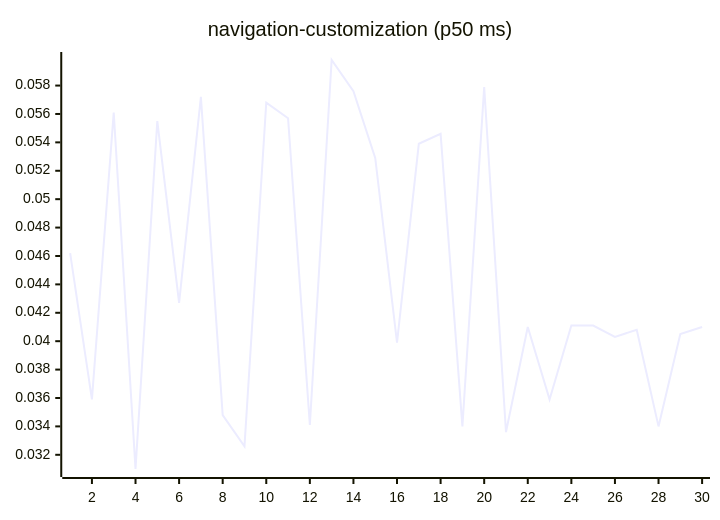
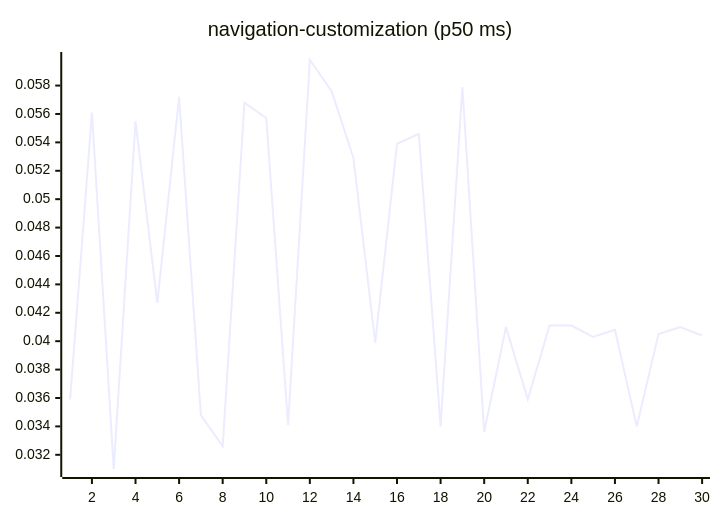
Before and after one commit to josha/Facet: diagram 15 of 27 in README.md, drawn with Mermaid. The commit also changed other lines of this file and 2 other files, not shown here.

````diff
--- a/README.md
+++ b/README.md
@@ -161,6 +161,6 @@
 ```mermaid
 xychart-beta
     title "navigation-customization (p50 ms)"
     x-axis 1 --> 30
-    line [0.0462, 0.0359, 0.0561, 0.0310, 0.0555, 0.0427, 0.0572, 0.0348, 0.0326, 0.0568, 0.0557, 0.0341, 0.0598, 0.0576, 0.0529, 0.0399, 0.0539, 0.0546, 0.0340, 0.0579, 0.0336, 0.0410, 0.0359, 0.0411, 0.0411, 0.0403, 0.0408, 0.0340, 0.0405, 0.0410]
+    line [0.0359, 0.0561, 0.0310, 0.0555, 0.0427, 0.0572, 0.0348, 0.0326, 0.0568, 0.0557, 0.0341, 0.0598, 0.0576, 0.0529, 0.0399, 0.0539, 0.0546, 0.0340, 0.0579, 0.0336, 0.0410, 0.0359, 0.0411, 0.0411, 0.0403, 0.0408, 0.0340, 0.0405, 0.0410, 0.0404]
 ```
````
